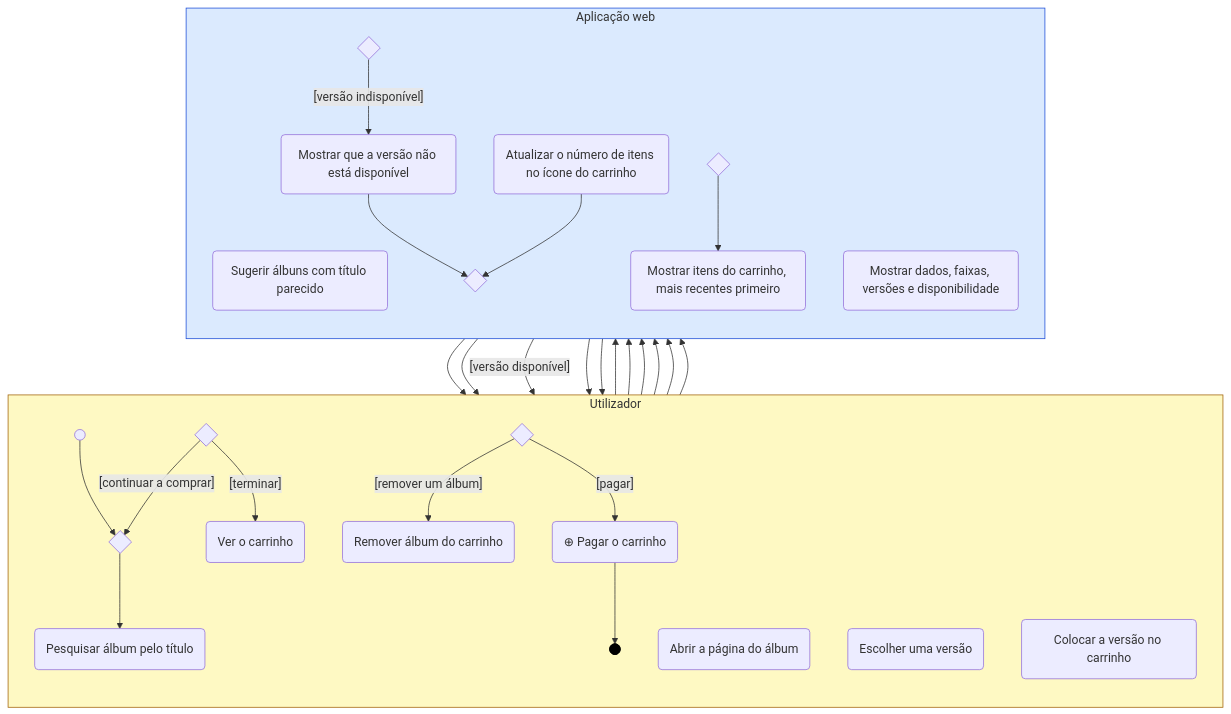
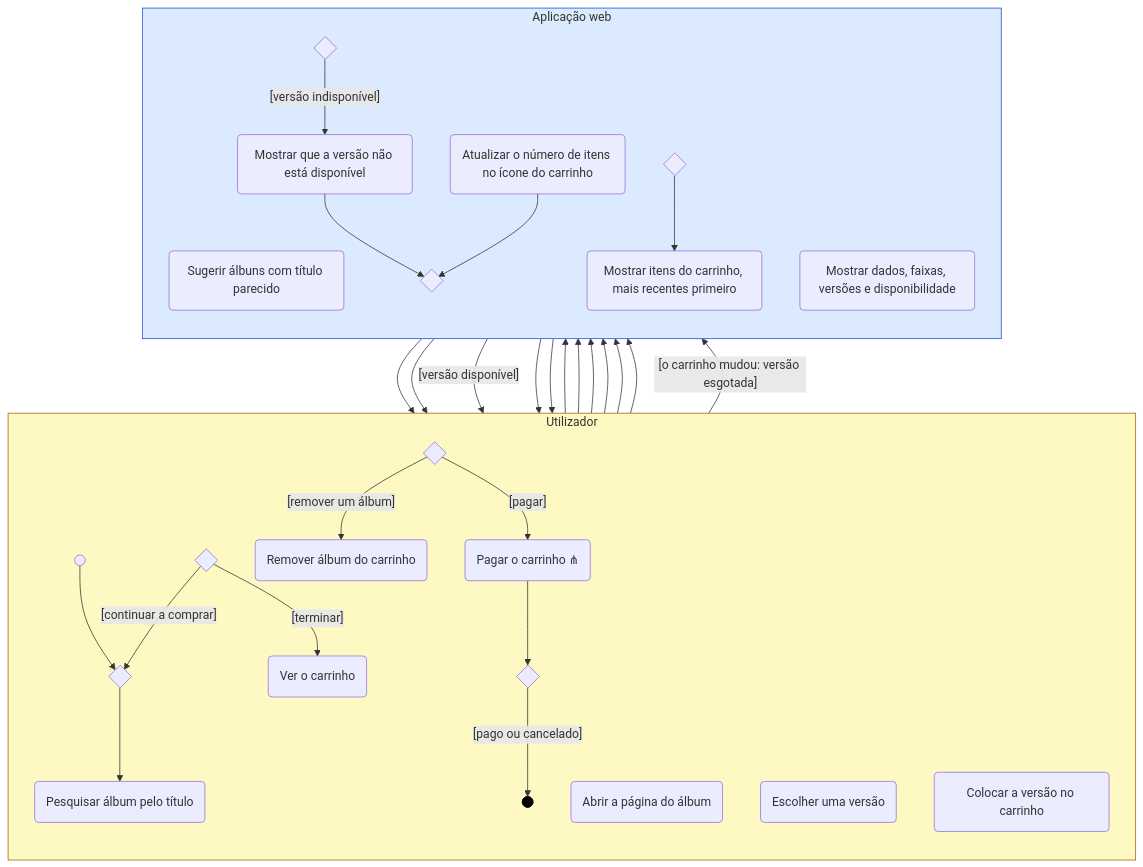
Before and after one commit to malat0o/PGP: the first of 5 diagrams in etapa1/atividades/atividades.md, drawn with Mermaid. The commit also changed other lines of this file and 44 other files, not shown here.

````diff
--- a/etapa1/atividades/atividades.md
+++ b/etapa1/atividades/atividades.md
@@ -29,43 +29,46 @@
 ```mermaid
 flowchart TB
   subgraph U["Utilizador"]
     direction TB
     I1@{ shape: sm-circ }
     M0@{ shape: diam, label: " " }
     A1("Pesquisar álbum pelo título")
     A3("Abrir a página do álbum")
     A5("Escolher uma versão")
     A7("Colocar a versão no carrinho")
     D2@{ shape: diam, label: " " }
     A9("Ver o carrinho")
     D3@{ shape: diam, label: " " }
     A10("Remover álbum do carrinho")
-    A11("⊕ Pagar o carrinho")
+    A11("Pagar o carrinho ⋔")
+    D4@{ shape: diam, label: " " }
     F1@{ shape: fr-circ }
   end
   subgraph W["Aplicação web"]
     direction TB
     A2("Sugerir álbuns com título parecido")
     A4("Mostrar dados, faixas, versões e disponibilidade")
     D1@{ shape: diam, label: " " }
     A6("Mostrar que a versão não está disponível")
     A8("Atualizar o número de itens no ícone do carrinho")
     M1@{ shape: diam, label: " " }
     M2@{ shape: diam, label: " " }
     A12("Mostrar itens do carrinho, mais recentes primeiro")
   end
 
   I1 --> M0 --> A1 --> A2 --> A3 --> A4 --> A5 --> D1
   D1 -->|"[versão indisponível]"| A6 --> M1
   D1 -->|"[versão disponível]"| A7 --> A8 --> M1
   M1 --> D2
   D2 -->|"[continuar a comprar]"| M0
   D2 -->|"[terminar]"| A9 --> M2 --> A12 --> D3
   D3 -->|"[remover um álbum]"| A10 --> M2
-  D3 -->|"[pagar]"| A11 --> F1
+  D3 -->|"[pagar]"| A11 --> D4
+  D4 -->|"[pago ou cancelado]"| F1
+  D4 -->|"[o carrinho mudou: versão esgotada]"| M2
 
   style I1 fill:#000,stroke:#000
   style F1 fill:#000,stroke:#000
   style U fill:#fef9c3,stroke:#a16207
   style W fill:#dbeafe,stroke:#1d4ed8
 ```
````
